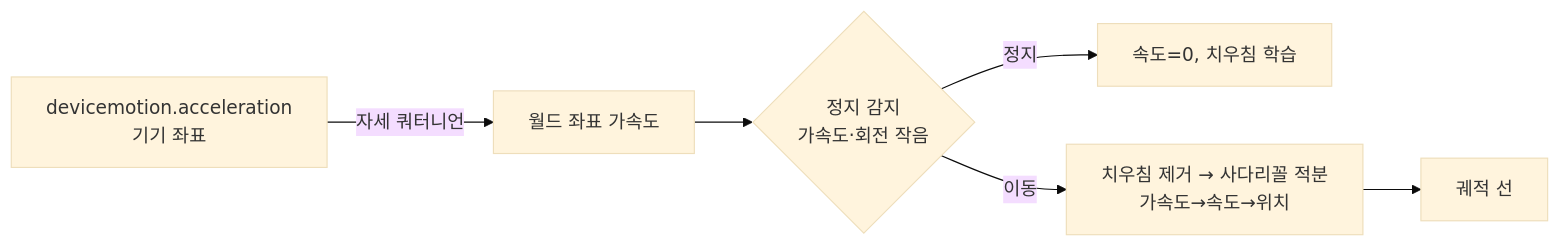
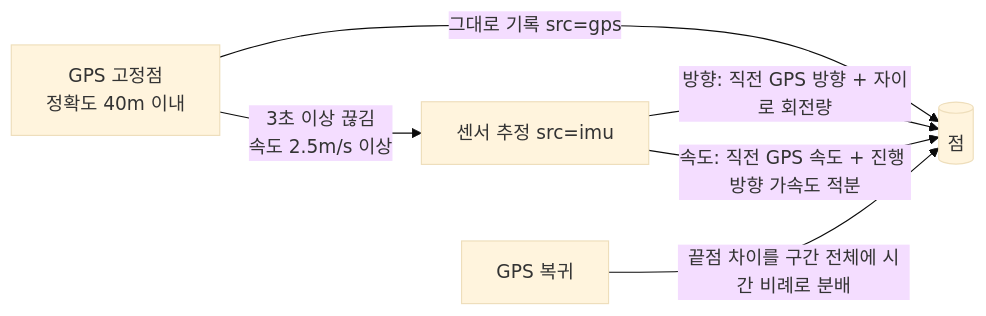
One commit to shin2012/location-log changed the diagram in README.md. Above: the diagram before and after it, drawn with Mermaid (base theme). The commit also changed other lines of this file, not shown here.

````diff
--- a/README.md
+++ b/README.md
@@ -35,8 +30,8 @@
 ```mermaid
 flowchart LR
-  A[devicemotion.acceleration<br>기기 좌표] -->|자세 쿼터니언| B[월드 좌표 가속도]
-  B --> C{정지 감지<br>가속도·회전 작음}
-  C -->|정지| D[속도=0, 치우침 학습]
-  C -->|이동| E[치우침 제거 → 사다리꼴 적분<br>가속도→속도→위치]
-  E --> F[궤적 선]
+  G[GPS 고정점<br>정확도 40m 이내] -->|그대로 기록 src=gps| P[(점)]
+  G -->|3초 이상 끊김<br>속도 2.5m/s 이상| DR[센서 추정 src=imu]
+  DR -->|방향: 직전 GPS 방향 + 자이로 회전량| P
+  DR -->|속도: 직전 GPS 속도 + 진행 방향 가속도 적분| P
+  G2[GPS 복귀] -->|끝점 차이를 구간 전체에 시간 비례로 분배| P
 ```
````
